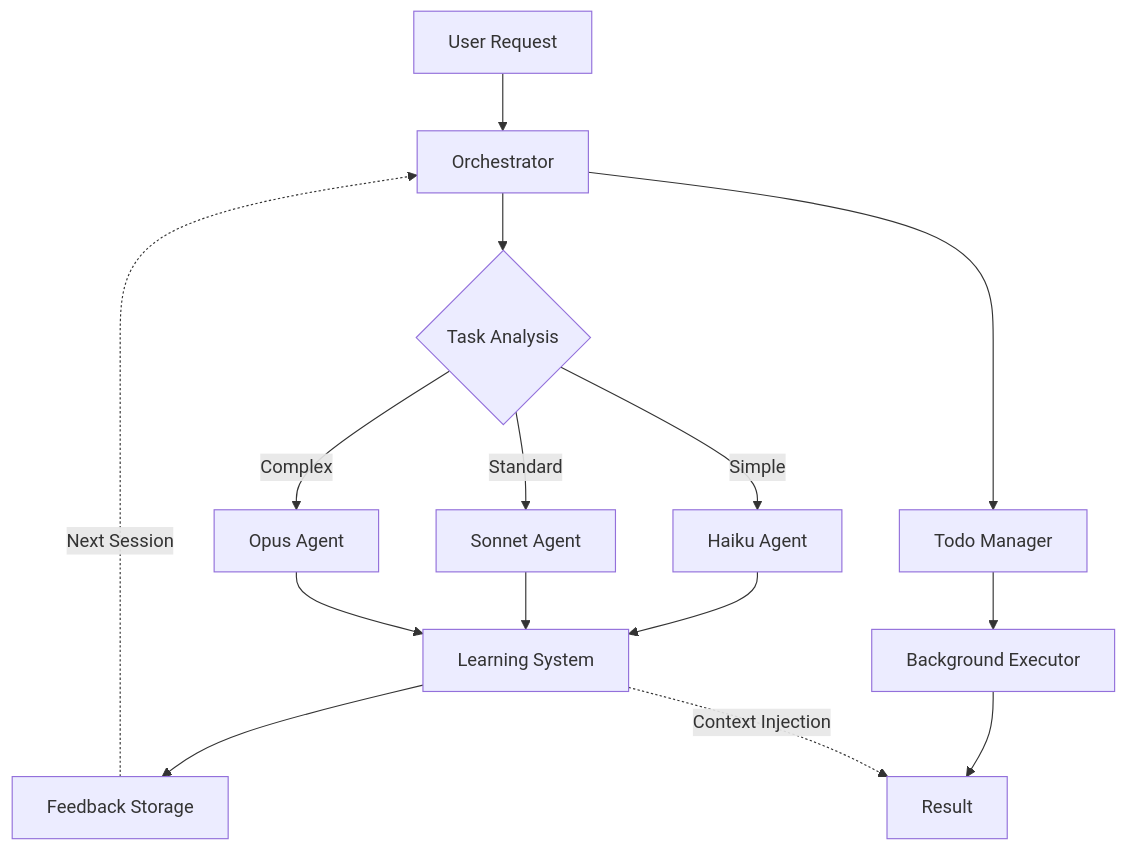
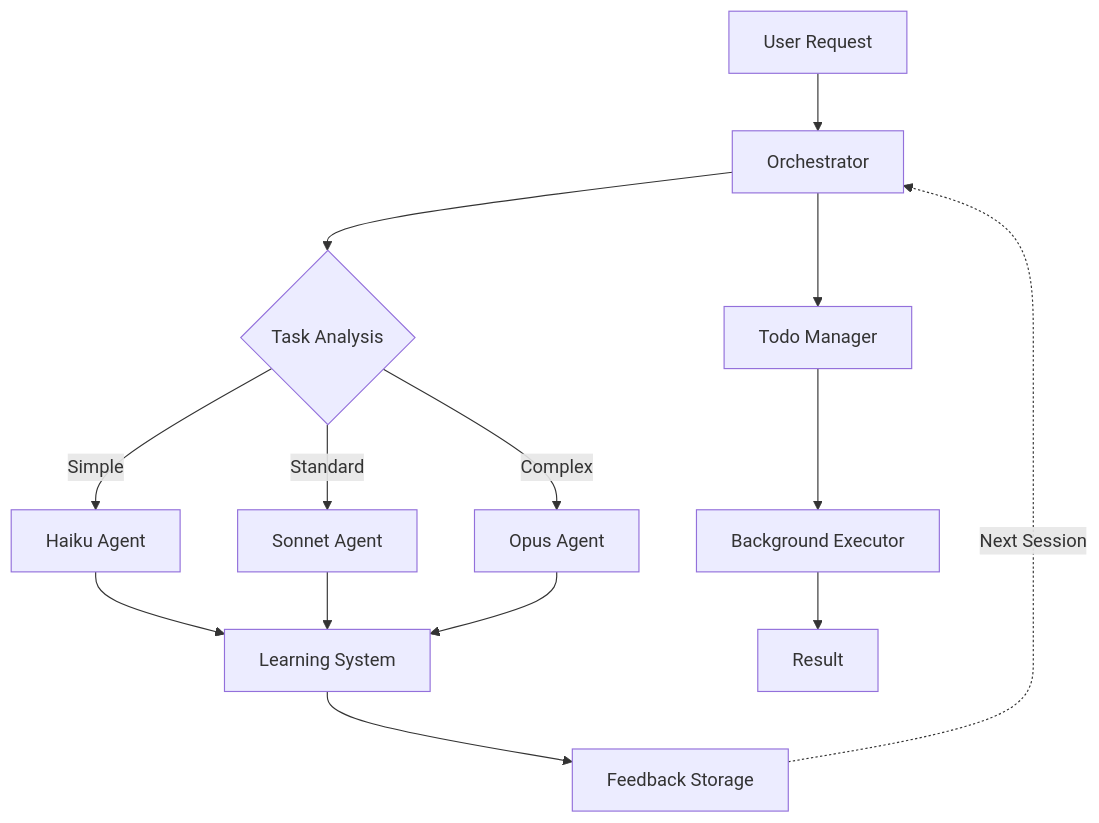
The diagram in README.md (mikev10/olympus), drawn with Mermaid before and after one commit. The commit also changed other lines of this file, not shown here.

Commit message:
docs: enhance README with architecture details and learning system explanation

````diff
--- a/README.md
+++ b/README.md
@@ -246,17 +246,16 @@
 ```mermaid
 graph TD
     A[User Request] --> B[Orchestrator]
     B --> C{Task Analysis}
     C -->|Simple| D[Haiku Agent]
     C -->|Standard| E[Sonnet Agent]
     C -->|Complex| F[Opus Agent]
     D --> G[Learning System]
     E --> G
     F --> G
     G --> H[Feedback Storage]
     H -.->|Next Session| B
     B --> I[Todo Manager]
     I --> J[Background Executor]
     J --> K[Result]
-    G -.->|Context Injection| K
 ```
````
